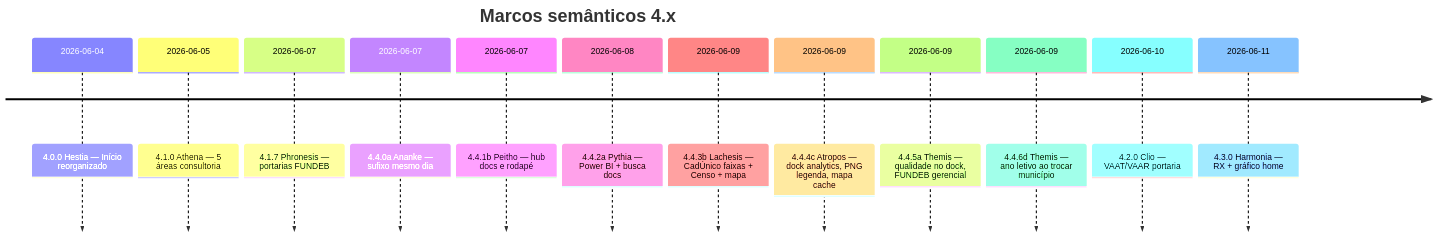
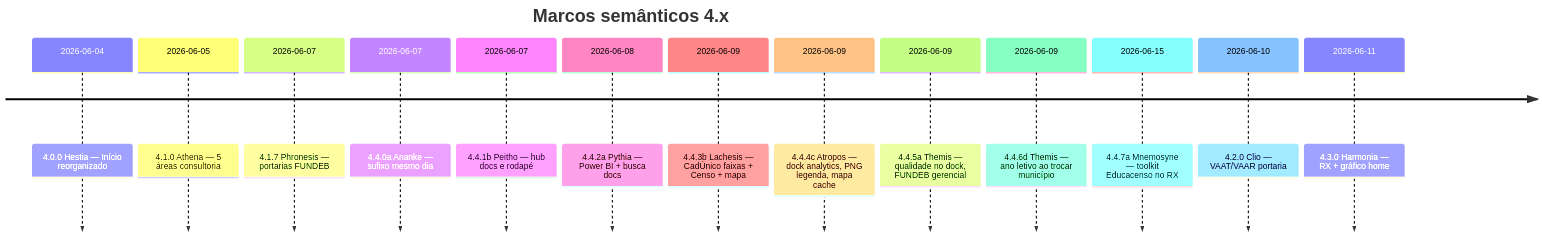
The diagram in docs/HISTORICO_VERSOES.md (JaderGabriel/serventec-servlitcys), drawn with Mermaid before and after one commit. The commit also changed other lines of this file and 2 other files, not shown here.

Commit message:
release(4.4.7): toolkit Educacenso no RX e calendário INEP 2026.

````diff
--- a/docs/HISTORICO_VERSOES.md
+++ b/docs/HISTORICO_VERSOES.md
@@ -19,16 +19,17 @@
 ```mermaid
 timeline
     title Marcos semânticos 4.x
     2026-06-04 : 4.0.0 Hestia — Início reorganizado
     2026-06-05 : 4.1.0 Athena — 5 áreas consultoria
     2026-06-07 : 4.1.7 Phronesis — portarias FUNDEB
     2026-06-07 : 4.4.0a Ananke — sufixo mesmo dia
     2026-06-07 : 4.4.1b Peitho — hub docs e rodapé
     2026-06-08 : 4.4.2a Pythia — Power BI + busca docs
     2026-06-09 : 4.4.3b Lachesis — CadÚnico faixas + Censo + mapa
     2026-06-09 : 4.4.4c Atropos — dock analytics, PNG legenda, mapa cache
     2026-06-09 : 4.4.5a Themis — qualidade no dock, FUNDEB gerencial
     2026-06-09 : 4.4.6d Themis — ano letivo ao trocar município
+    2026-06-15 : 4.4.7a Mnemosyne — toolkit Educacenso no RX
     2026-06-10 : 4.2.0 Clio — VAAT/VAAR portaria
     2026-06-11 : 4.3.0 Harmonia — RX + gráfico home
 ```
````
